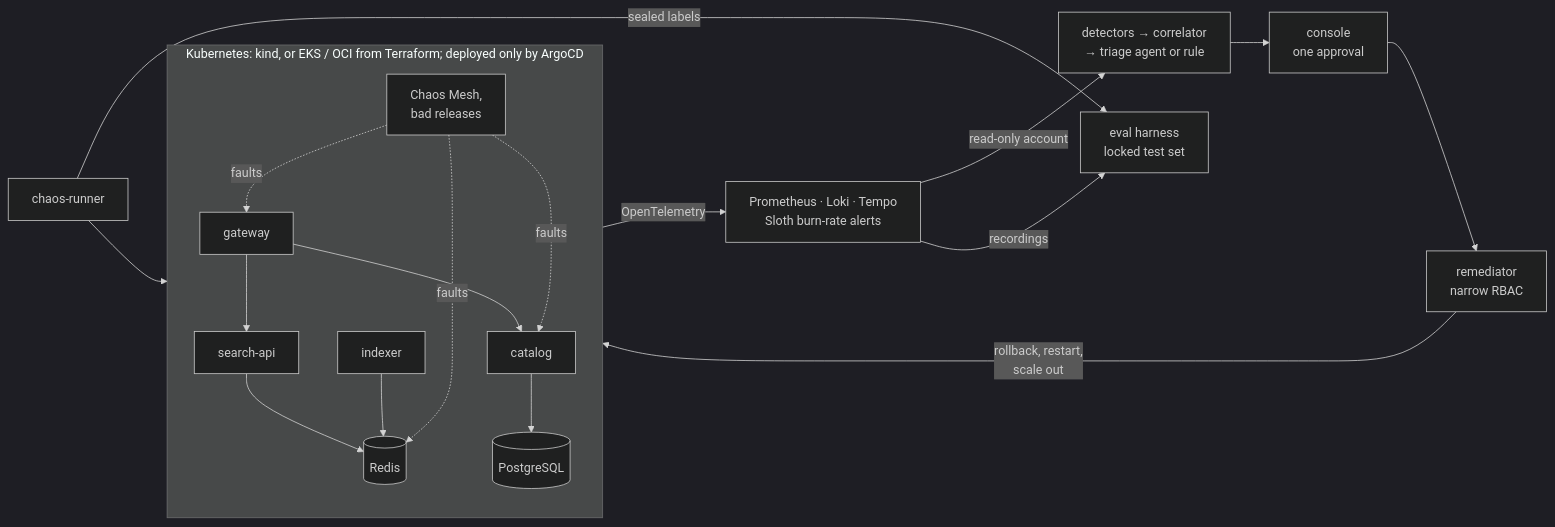
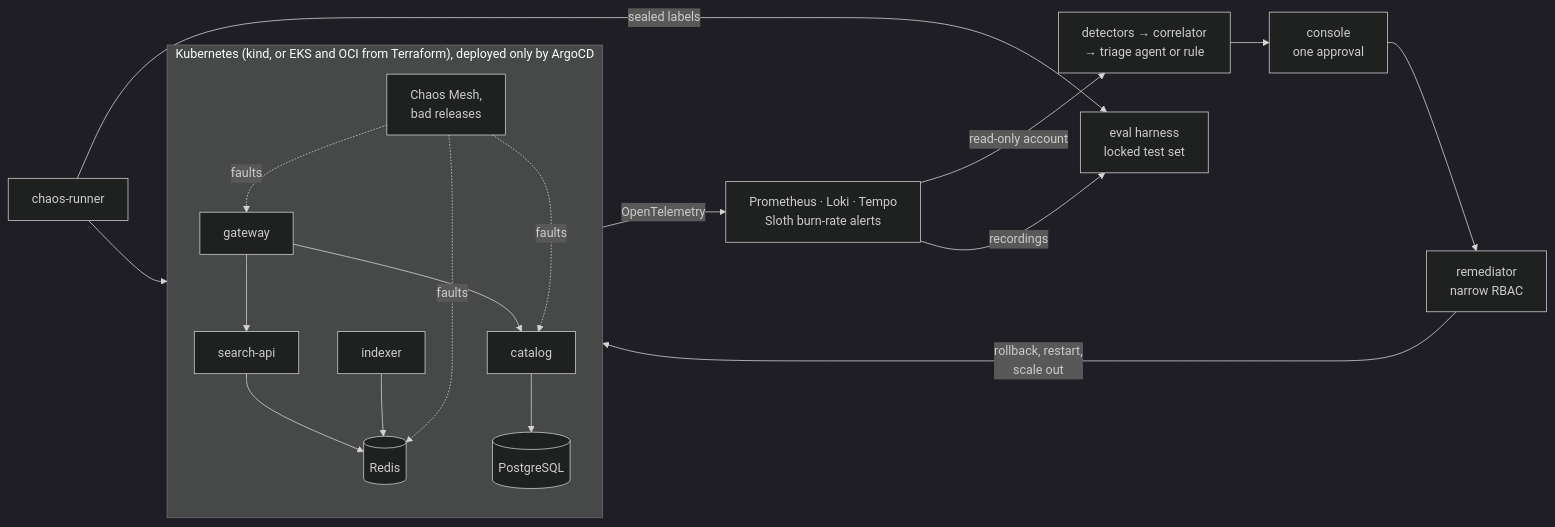
One commit to bachcodingg/AIOps-Incident-Triage-Platform changed the diagram in README.md. Above: the diagram before and after it, drawn with Mermaid (dark theme).

Commit message:
README diagram: no semicolon in the subgraph title

````diff
--- a/README.md
+++ b/README.md
@@ -41,18 +41,18 @@
 ```mermaid
 flowchart LR
-  subgraph cluster["Kubernetes: kind, or EKS / OCI from Terraform; deployed only by ArgoCD"]
+  subgraph cluster["Kubernetes (kind, or EKS and OCI from Terraform), deployed only by ArgoCD"]
     direction TB
     gw[gateway] --> sa[search-api] & cat[catalog]
     sa --> redis[(Redis)]
     cat --> pg[(PostgreSQL)]
     idx[indexer] --> redis
     chaos[Chaos Mesh,<br/>bad releases] -.->|faults| gw & cat & redis
   end
   cluster -->|OpenTelemetry| obs[Prometheus · Loki · Tempo<br/>Sloth burn-rate alerts]
   obs -->|read-only account| loop[detectors → correlator<br/>→ triage agent or rule]
   loop --> console[console<br/>one approval]
   console --> rem[remediator<br/>narrow RBAC] -->|rollback, restart,<br/>scale out| cluster
   runner[chaos-runner] --> chaos
   runner -->|sealed labels| eval[eval harness<br/>locked test set]
   obs -->|recordings| eval
 ```
````
